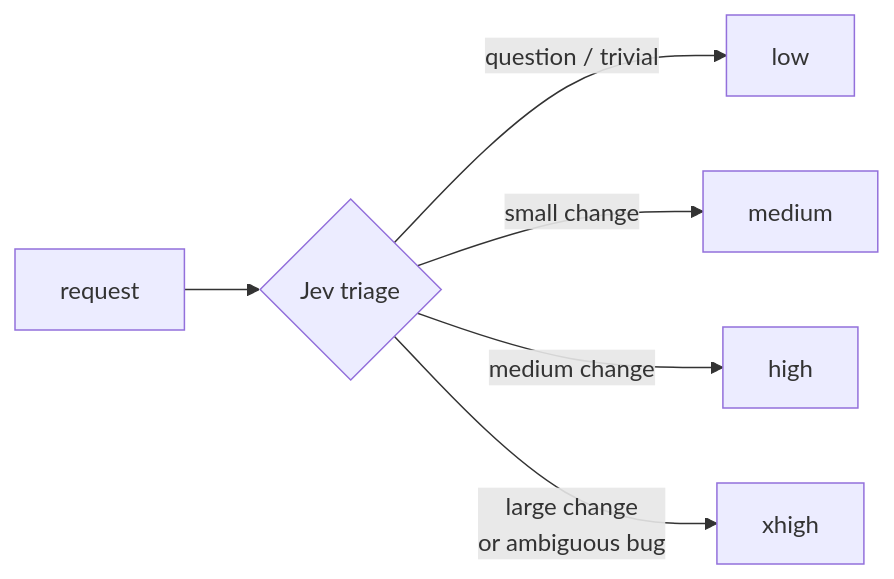
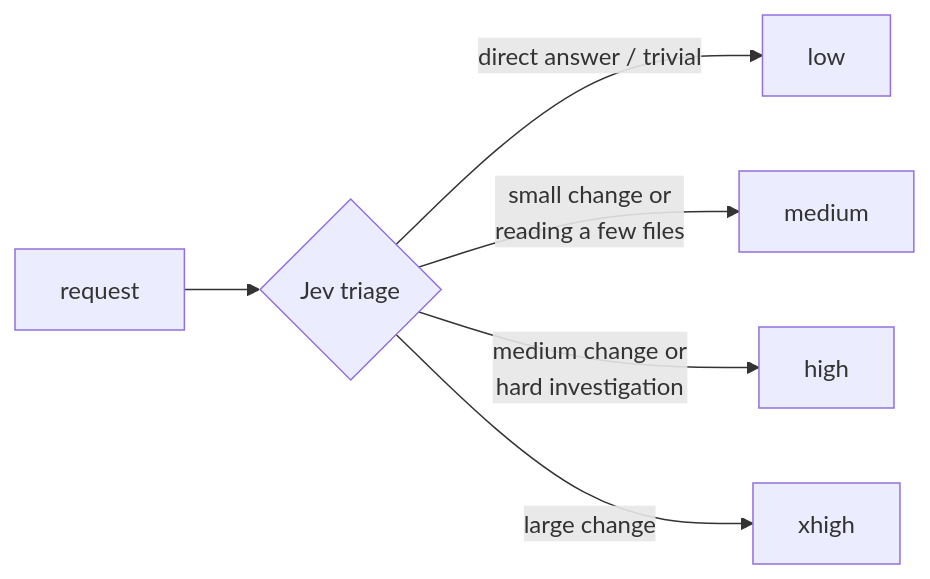
Before and after one commit to Civalski/claujev: the second of 2 diagrams in README.md, drawn with Mermaid. The commit also changed other lines of this file and 7 other files, not shown here.

````diff
--- a/README.md
+++ b/README.md
@@ -98,8 +98,8 @@
 ```mermaid
 flowchart LR
     P["request"] --> J{"Jev triage"}
-    J -->|"question / trivial"| L["low"]
-    J -->|"small change"| M["medium"]
-    J -->|"medium change"| H["high"]
-    J -->|"large change<br/>or ambiguous bug"| X["xhigh"]
+    J -->|"direct answer / trivial"| L["low"]
+    J -->|"small change or<br/>reading a few files"| M["medium"]
+    J -->|"medium change or<br/>hard investigation"| H["high"]
+    J -->|"large change"| X["xhigh"]
 ```
````
